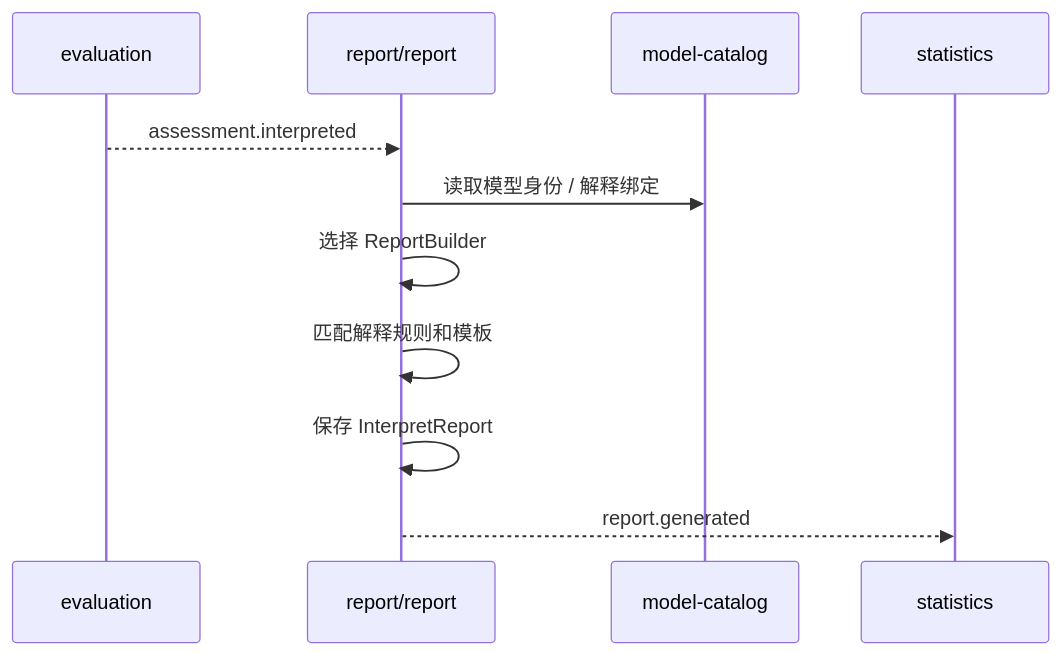
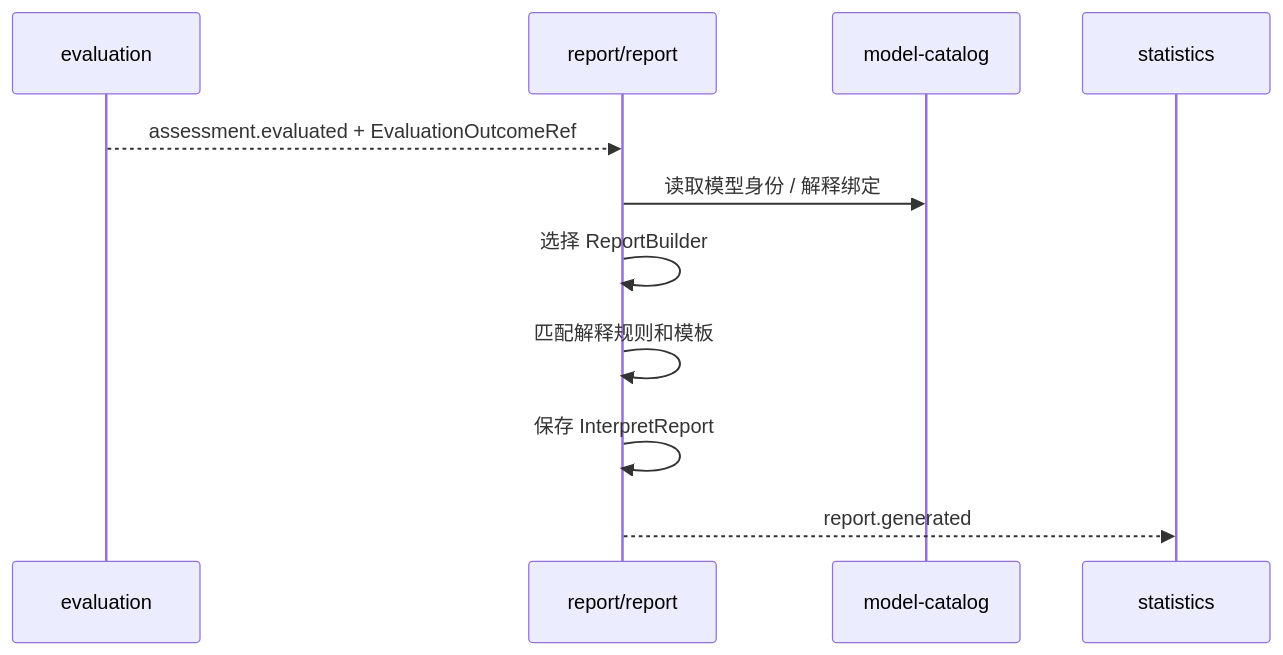
Before and after one commit to FangcunMount/qs-server: the diagram in docs/02-业务模块/40-interpretation/04-报告生成链路.md, drawn with Mermaid. The commit also changed other lines of this file and 20 other files, not shown here.

Commit message:
doc:  更新评估和解释文档以提高清晰度和准确性 - 修改了关键事件名称和描述，以反映评估过程的当前状态，包括对`assessment.evaluated`和`assessment.interpreted`的变更。 - 强化了关于评估和报告生命周期的文档，明确了评估模块与解释模块的职责。 - 更新了状态机图，以准确表示评估和评估运行的状态转换。 - 改进了对评估、评估结果与报告之间关系的解释，强调报告生成独立于评估状态。 - 新增部分，详细说明评估与解释的决策流程及其边界，确保与最新实施目标保持一致。

````diff
--- a/docs/02-业务模块/40-interpretation/04-报告生成链路.md
+++ b/docs/02-业务模块/40-interpretation/04-报告生成链路.md
@@ -41,14 +42,14 @@
 ```mermaid
 sequenceDiagram
     participant E as evaluation
     participant R as report/report
     participant M as model-catalog
     participant ST as statistics
 
-    E-->>R: assessment.interpreted
+    E-->>R: assessment.evaluated + EvaluationOutcomeRef
     R->>M: 读取模型身份 / 解释绑定
     R->>R: 选择 ReportBuilder
     R->>R: 匹配解释规则和模板
     R->>R: 保存 InterpretReport
     R-->>ST: report.generated
 ```
````
